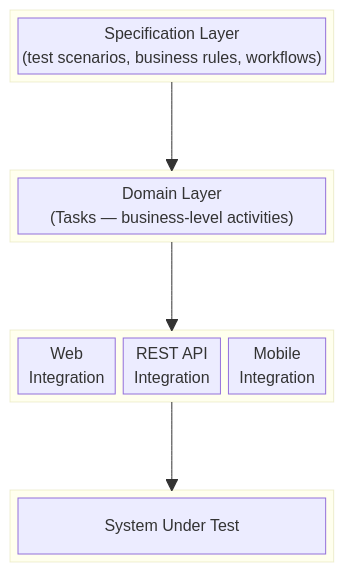
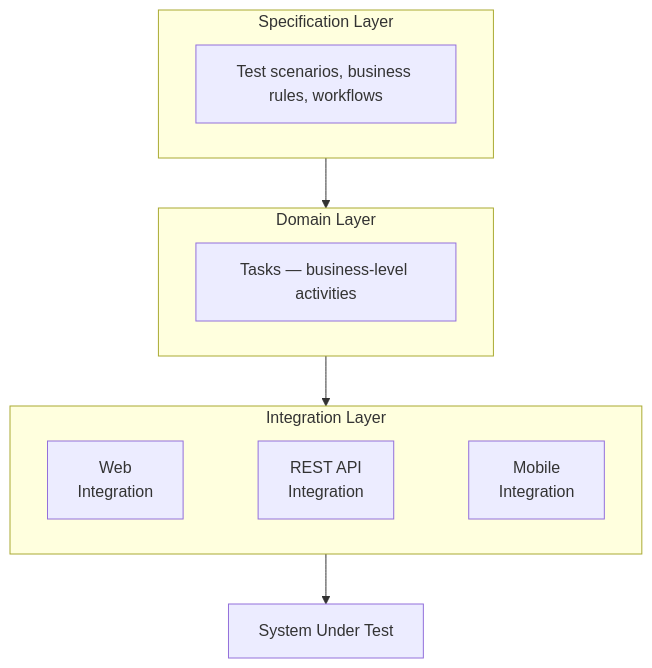
Before and after one commit to serenity-js/serenity-js.org: the diagram in src/docs/getting-started/index.mdx, drawn with Mermaid.

Commit message:
docs: fix layered architecture diagram — subgraphs for all layers, horizontal integration boxes

````diff
--- a/src/docs/getting-started/index.mdx
+++ b/src/docs/getting-started/index.mdx
@@ -40,34 +40,20 @@
 ```mermaid
-block-beta
-    columns 1
-
-    block:spec
-        columns 1
-        s1["Specification Layer\n(test scenarios, business rules, workflows)"]
-    end
-
-    space
-
-    block:domain
-        columns 1
-        d1["Domain Layer\n(Tasks — business-level activities)"]
-    end
-
-    space
-
-    block:integration
-        columns 3
-        i1["Web\nIntegration"] i2["REST API\nIntegration"] i3["Mobile\nIntegration"]
-    end
-
-    space
-
-    block:sut
-        columns 1
-        sut1["System Under Test"]
-    end
+flowchart TD
+    sut["System Under Test"]
 
     spec --> domain
     domain --> integration
     integration --> sut
+
+    subgraph spec["Specification Layer"]
+        s1["Test scenarios, business rules, workflows"]
+    end
+
+    subgraph domain["Domain Layer"]
+        d1["Tasks — business-level activities"]
+    end
+
+    subgraph integration["Integration Layer"]
+        web["Web\nIntegration"] ~~~ rest["REST API\nIntegration"] ~~~ mobile["Mobile\nIntegration"]
+    end
 ```
````
